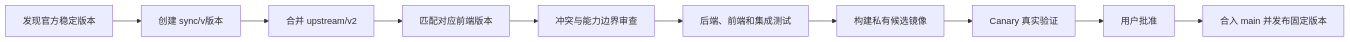
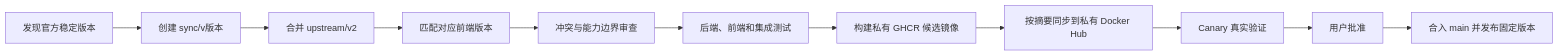
The diagram in docs/UPSTREAM_SYNC.md (zfl0087/MoviePilot-Lite), drawn with Mermaid before and after one commit. The commit also changed other lines of this file and 2 other files, not shown here.

Commit message:
ci: add private Docker Hub candidate sync

````diff
--- a/docs/UPSTREAM_SYNC.md
+++ b/docs/UPSTREAM_SYNC.md
@@ -72,12 +72,13 @@
 ```mermaid
 flowchart LR
     A["发现官方稳定版本"] --> B["创建 sync/v版本"]
     B --> C["合并 upstream/v2"]
     C --> D["匹配对应前端版本"]
     D --> E["冲突与能力边界审查"]
     E --> F["后端、前端和集成测试"]
-    F --> G["构建私有候选镜像"]
-    G --> H["Canary 真实验证"]
-    H --> I["用户批准"]
-    I --> J["合入 main 并发布固定版本"]
+    F --> G["构建私有 GHCR 候选镜像"]
+    G --> H["按摘要同步到私有 Docker Hub"]
+    H --> I["Canary 真实验证"]
+    I --> J["用户批准"]
+    J --> K["合入 main 并发布固定版本"]
 ```
````
